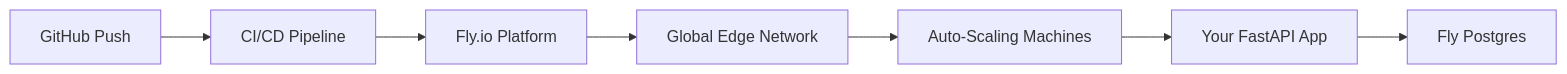
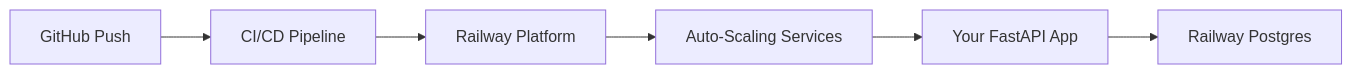
Before and after one commit to mariobrusarosco/better-call-buffet: the second of 7 diagrams in README.md, drawn with Mermaid. The commit also changed other lines of this file and 14 other files, not shown here.

````diff
--- a/README.md
+++ b/README.md
@@ -97,9 +97,8 @@
 ```mermaid
 graph LR
     A[GitHub Push] --> B[CI/CD Pipeline]
-    B --> C[Fly.io Platform]
-    C --> D[Global Edge Network]
-    D --> E[Auto-Scaling Machines]
-    E --> F[Your FastAPI App]
-    F --> G[Fly Postgres]
+    B --> C[Railway Platform]
+    C --> D[Auto-Scaling Services]
+    D --> E[Your FastAPI App]
+    E --> F[Railway Postgres]
 ```
````
